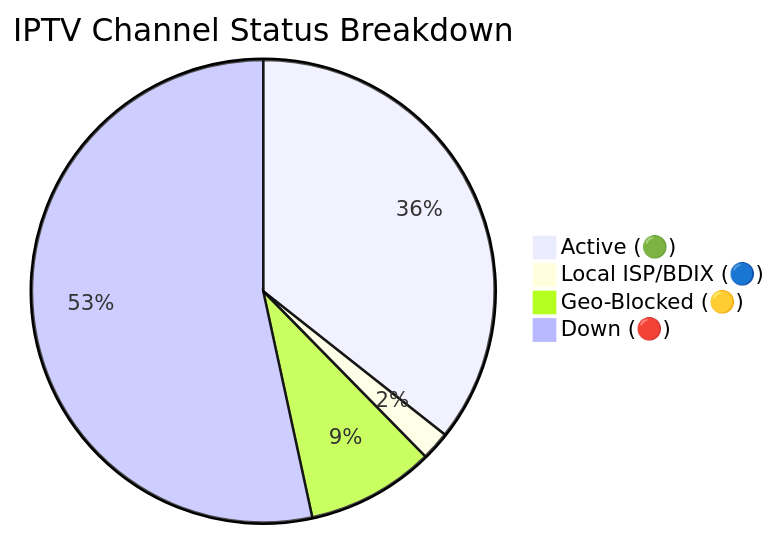
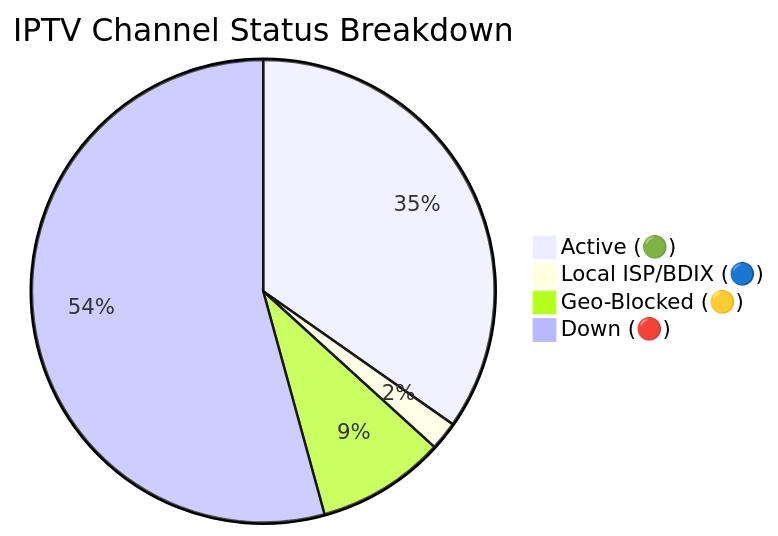
Before and after one commit to andreataylord/Ip-tv-Collection: the diagram in README.md, drawn with Mermaid. The commit also changed other lines of this file and 1 other file, not shown here.

Commit message:
docs(readme): auto-update daily channel status chart

````diff
--- a/README.md
+++ b/README.md
@@ -59,7 +59,7 @@
 ```mermaid
 pie title IPTV Channel Status Breakdown
-    "Active (🟢)" : 2263
+    "Active (🟢)" : 2206
     "Local ISP/BDIX (🔵)" : 128
-    "Geo-Blocked (🟡)" : 568
-    "Down (🔴)" : 3391
+    "Geo-Blocked (🟡)" : 570
+    "Down (🔴)" : 3446
 ```
````
